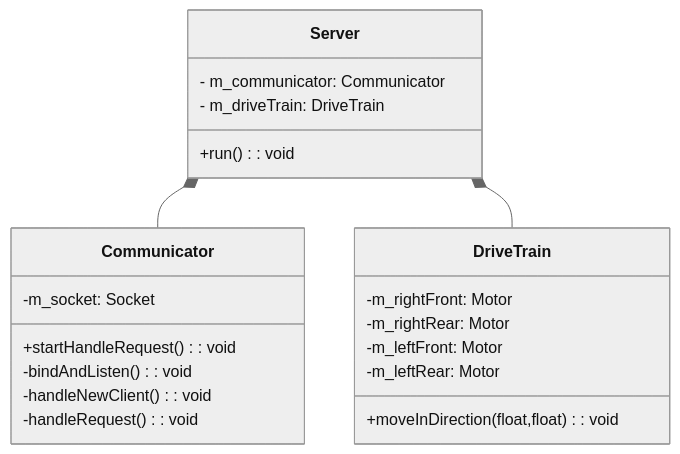
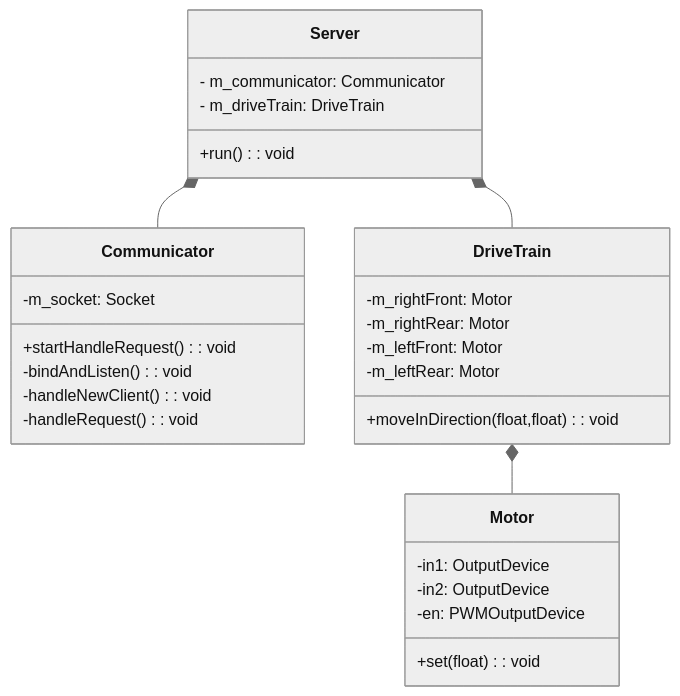
Before and after one commit to yaniraton/adama: the first of 2 diagrams in README.md, drawn with Mermaid (neutral theme). The commit also changed 122 other files, not shown here.

````diff
--- a/README.md
+++ b/README.md
@@ -3,24 +3,31 @@
 ```mermaid
 classDiagram
     Server *-- Communicator
     Server *-- DriveTrain
+    DriveTrain *-- Motor
     class Server{
         - m_communicator: Communicator
         - m_driveTrain: DriveTrain
         +run() : void
     }
     class Communicator{
         -m_socket: Socket
         +startHandleRequest() : void
         -bindAndListen() : void
         -handleNewClient() : void
         -handleRequest() : void
     }
     class DriveTrain{
         -m_rightFront: Motor
         -m_rightRear: Motor
         -m_leftFront: Motor
         -m_leftRear: Motor
         +moveInDirection(float,float) : void
     }
+    class Motor{
+        -in1: OutputDevice
+        -in2: OutputDevice
+        -en: PWMOutputDevice
+        +set(float) : void
+    }
 ```
````
